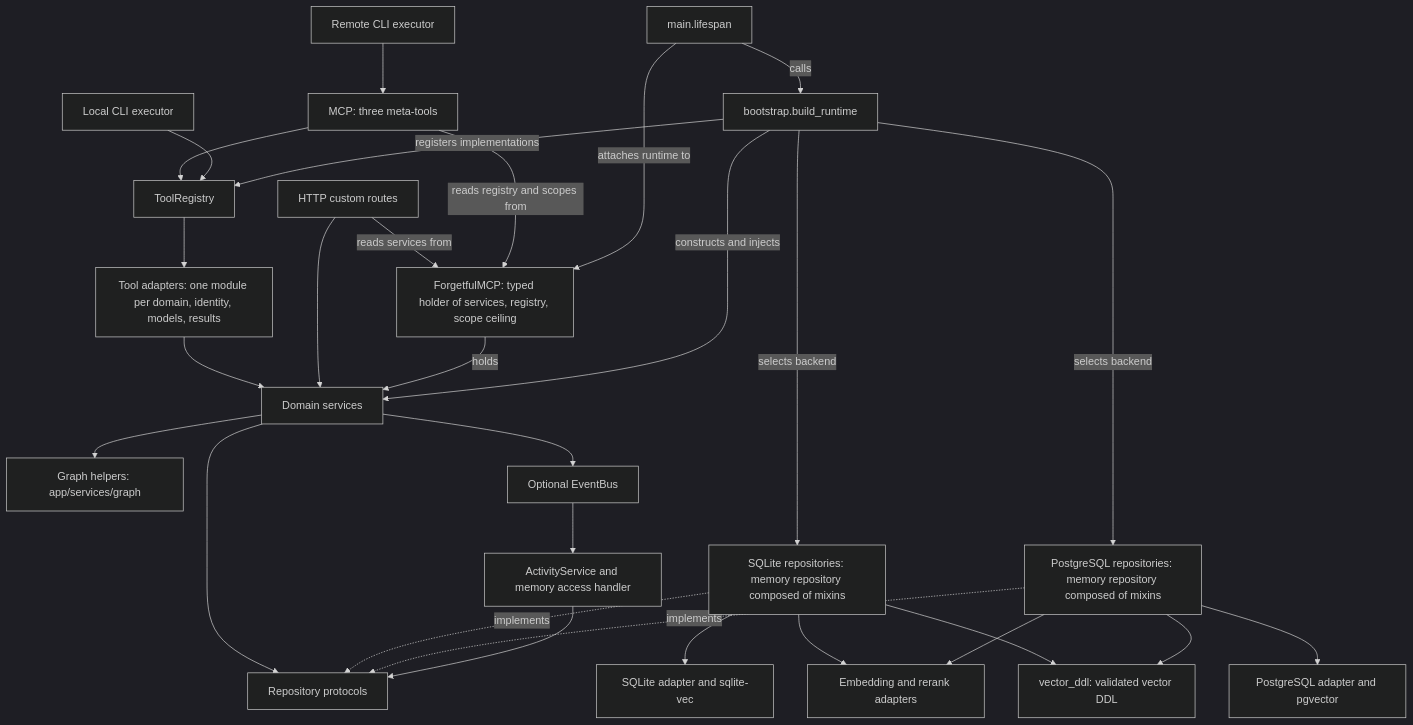
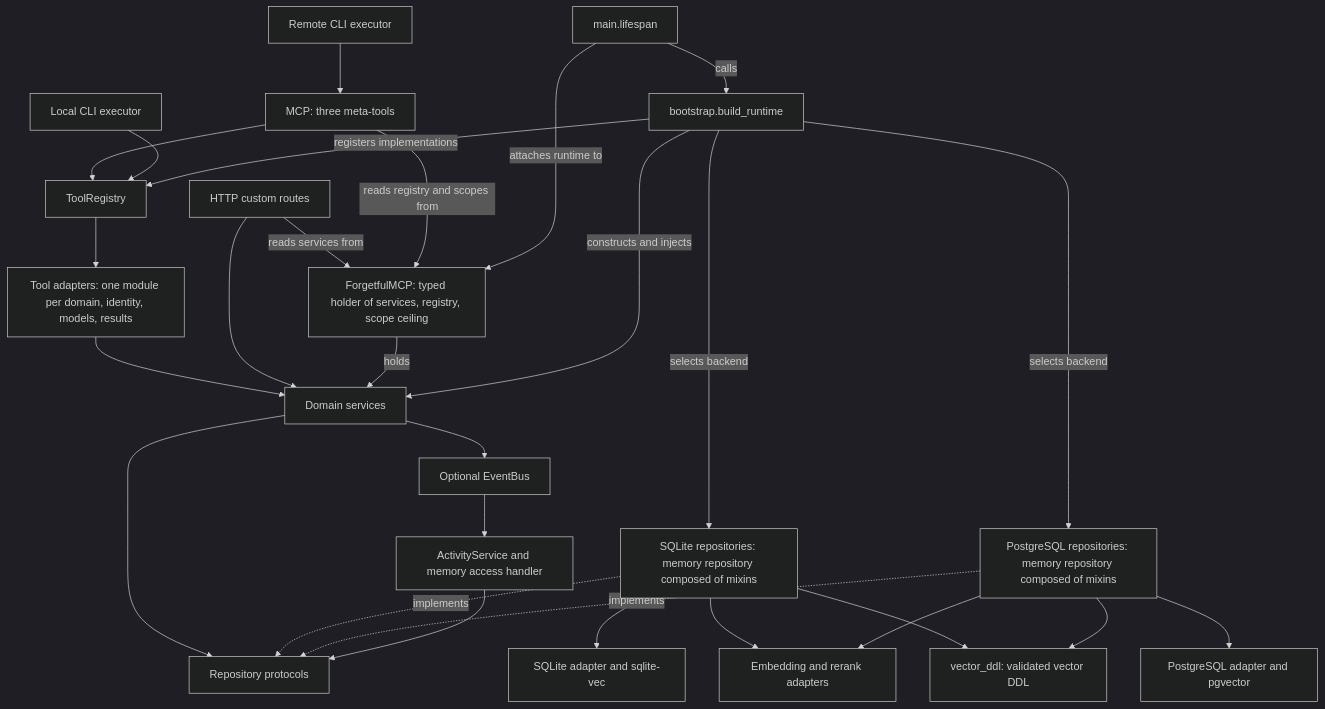
Before and after one commit to Axiumine/axmem: the diagram in architecture.md, drawn with Mermaid (dark theme). The commit also changed other lines of this file and 105 other files, not shown here.

First line of the commit message:
🤖 refactor(graph): remove the graph REST view and subgraph traversal

````diff
--- a/architecture.md
+++ b/architecture.md
@@ -18,32 +19,31 @@
 ```mermaid
 flowchart TD
     MCP["MCP: three meta-tools"] --> Registry["ToolRegistry"]
     Local["Local CLI executor"] --> Registry
     Remote["Remote CLI executor"] --> MCP
     Registry --> ToolAdapters["Tool adapters: one module per domain, identity, models, results"]
     ToolAdapters --> Services["Domain services"]
     HTTP["HTTP custom routes"] --> Services
     Server["ForgetfulMCP: typed holder of services, registry, scope ceiling"]
     HTTP -->|reads services from| Server
     MCP -->|reads registry and scopes from| Server
     Server -->|holds| Services
-    Services --> GraphHelpers["Graph helpers: app/services/graph"]
     Services --> Contracts["Repository protocols"]
     SQLite["SQLite repositories: memory repository composed of mixins"] -. implements .-> Contracts
     Postgres["PostgreSQL repositories: memory repository composed of mixins"] -. implements .-> Contracts
     SQLite --> SQLiteDB["SQLite adapter and sqlite-vec"]
     Postgres --> PostgresDB["PostgreSQL adapter and pgvector"]
     SQLite --> Providers["Embedding and rerank adapters"]
     Postgres --> Providers
     SQLite --> VectorDDL["vector_ddl: validated vector DDL"]
     Postgres --> VectorDDL
     Services --> Events["Optional EventBus"]
     Events --> Activity["ActivityService and memory access handler"]
     Activity --> Contracts
     Lifespan["main.lifespan"] -->|calls| Bootstrap["bootstrap.build_runtime"]
     Lifespan -->|attaches runtime to| Server
     Bootstrap -->|constructs and injects| Services
     Bootstrap -->|registers implementations| Registry
     Bootstrap -->|selects backend| SQLite
     Bootstrap -->|selects backend| Postgres
 ```
````
